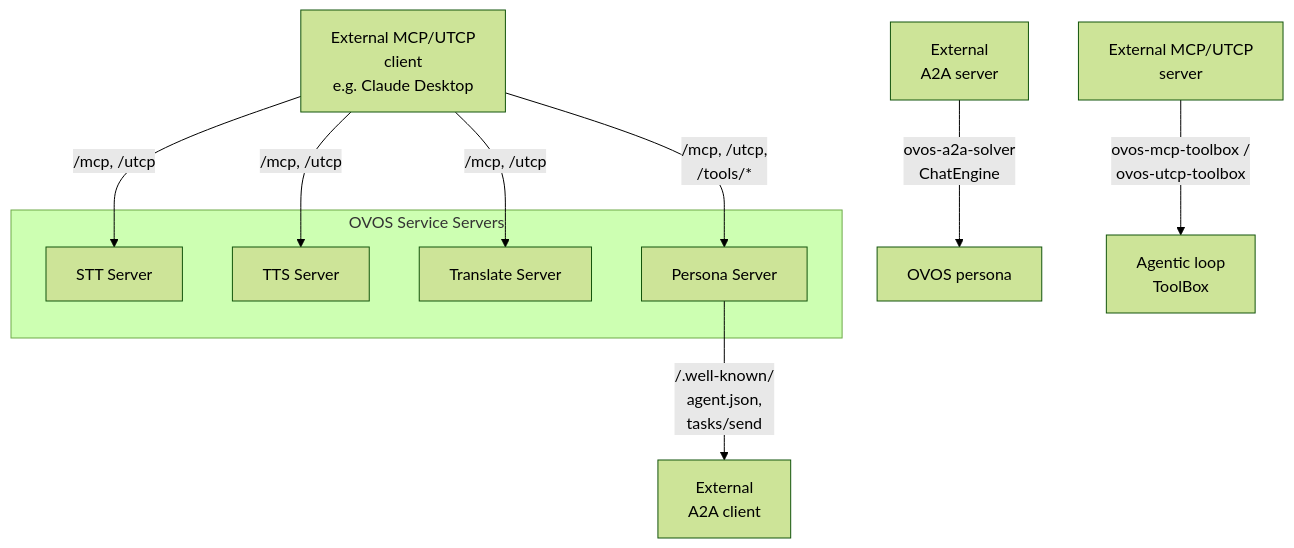
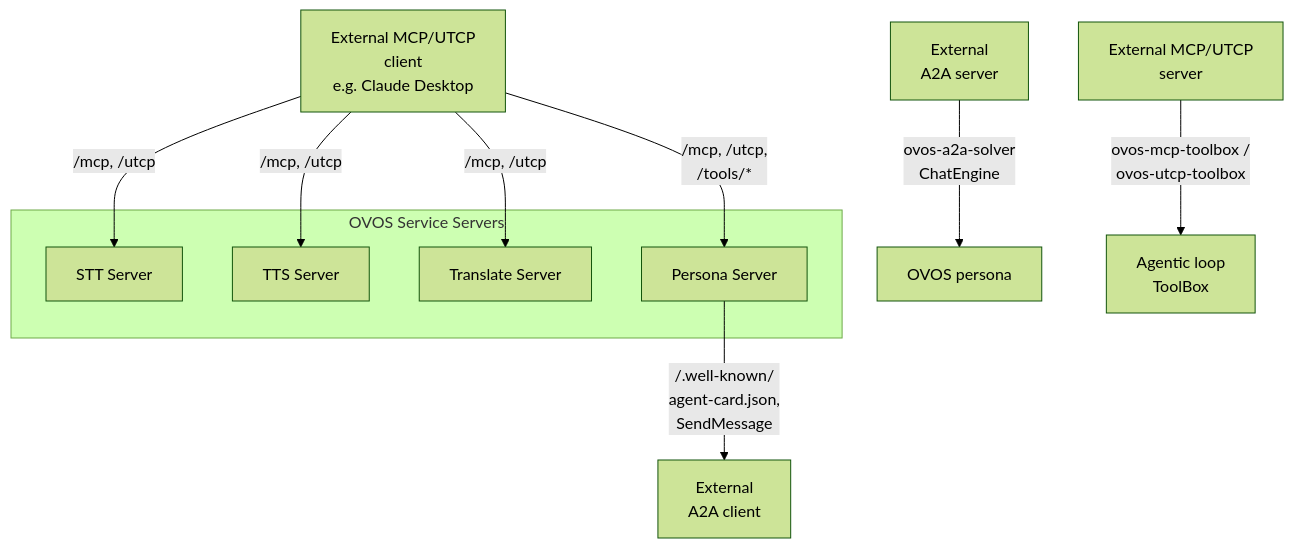
Before and after one commit to OpenVoiceOS/beta-technical-manual: the diagram in docs/agent-interop.md, drawn with Mermaid (forest theme). The commit also changed other lines of this file, not shown here.

````diff
--- a/docs/agent-interop.md
+++ b/docs/agent-interop.md
@@ -8,16 +8,16 @@
 ```mermaid
 flowchart TD
     subgraph OVOS Service Servers
         STT[STT Server]
         TTS[TTS Server]
         TX[Translate Server]
         PS[Persona Server]
     end
     Ext["External MCP/UTCP<br/>client<br/>e.g. Claude Desktop"] -->|/mcp, /utcp| STT
     Ext -->|/mcp, /utcp| TTS
     Ext -->|/mcp, /utcp| TX
     Ext -->|"/mcp, /utcp,<br/>/tools/*"| PS
-    PS -->|"/.well-known/<br/>agent.json,<br/>tasks/send"| A2AClient["External<br/>A2A client"]
+    PS -->|"/.well-known/<br/>agent-card.json,<br/>SendMessage"| A2AClient["External<br/>A2A client"]
     ExtA2A["External<br/>A2A server"] -->|"ovos-a2a-solver<br/>ChatEngine"| Persona[OVOS persona]
     ExtMCP["External MCP/UTCP<br/>server"] -->|"ovos-mcp-toolbox /<br/>ovos-utcp-toolbox"| Loop["Agentic loop<br/>ToolBox"]
 ```
````
